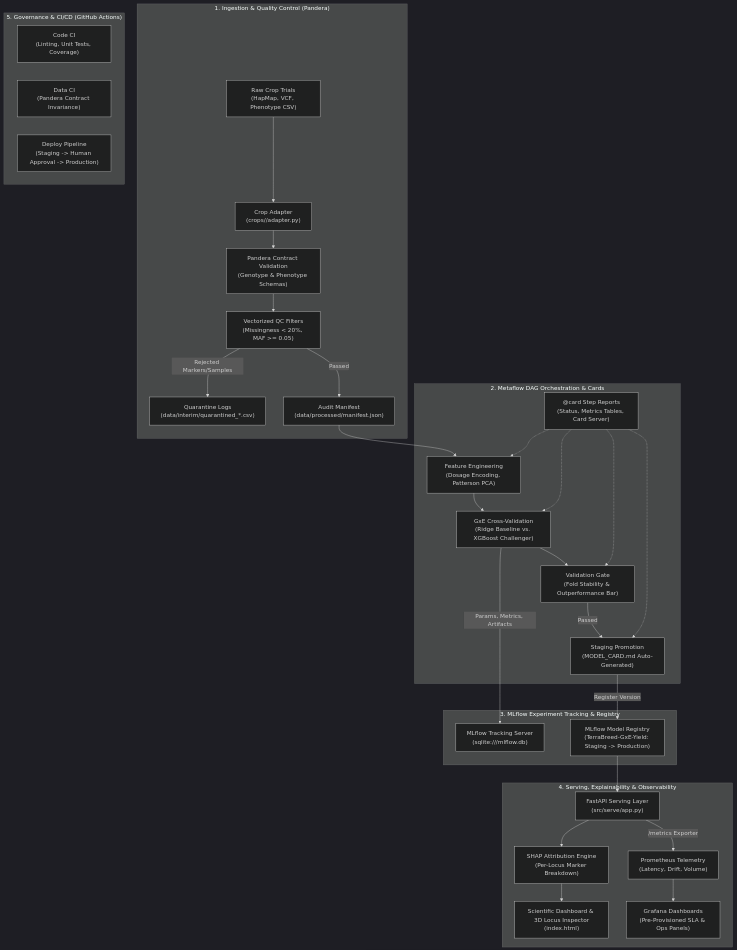
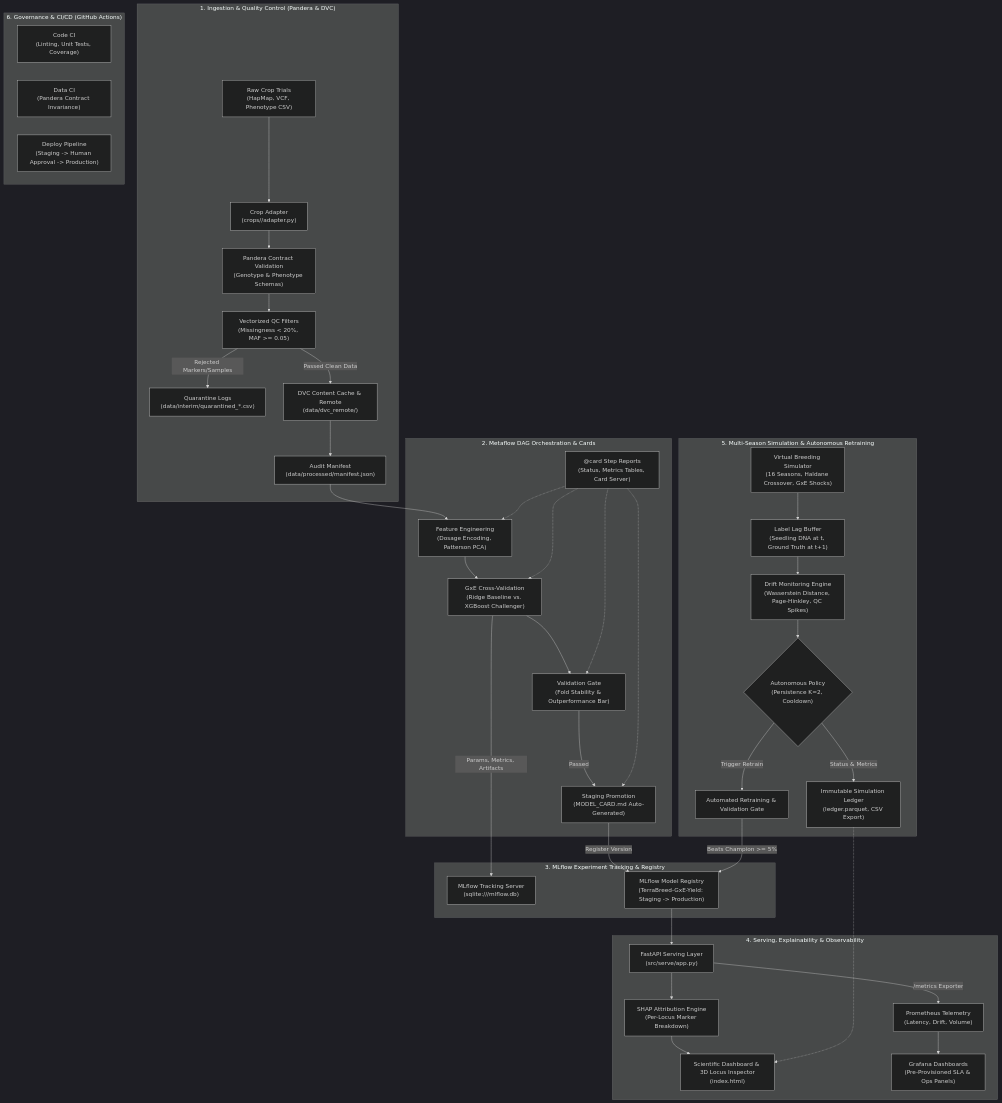
The diagram in README.md (Helly121/GenoTrack), drawn with Mermaid (dark theme) before and after one commit. The commit also changed other lines of this file, not shown here.

````diff
--- a/README.md
+++ b/README.md
@@ -28,37 +30,48 @@
 ```mermaid
 flowchart TD
-    subgraph DataIngest["1. Ingestion & Quality Control (Pandera)"]
+    subgraph DataIngest["1. Ingestion & Quality Control (Pandera & DVC)"]
         RAW["Raw Crop Trials\n(HapMap, VCF, Phenotype CSV)"] --> ADAPT["Crop Adapter\n(crops/<crop>/adapter.py)"]
         ADAPT --> SCHEMAS["Pandera Contract Validation\n(Genotype & Phenotype Schemas)"]
         SCHEMAS --> QC["Vectorized QC Filters\n(Missingness < 20%, MAF >= 0.05)"]
         QC -->|Rejected Markers/Samples| QUAR["Quarantine Logs\n(data/interim/quarantined_*.csv)"]
-        QC -->|Passed| MANIFEST["Audit Manifest\n(data/processed/manifest.json)"]
+        QC -->|Passed Clean Data| DVC_STORE["DVC Content Cache & Remote\n(data/dvc_remote/)"]
+        DVC_STORE --> MANIFEST["Audit Manifest\n(data/processed/manifest.json)"]
     end
 
     subgraph Orchestration["2. Metaflow DAG Orchestration & Cards"]
         MANIFEST --> FEAT["Feature Engineering\n(Dosage Encoding, Patterson PCA)"]
         FEAT --> TRAIN["GxE Cross-Validation\n(Ridge Baseline vs. XGBoost Challenger)"]
         TRAIN --> GATE["Validation Gate\n(Fold Stability & Outperformance Bar)"]
         GATE -->|Passed| PROMOTE["Staging Promotion\n(MODEL_CARD.md Auto-Generated)"]
         CARDS["@card Step Reports\n(Status, Metrics Tables, Card Server)"] -.-> FEAT & TRAIN & GATE & PROMOTE
     end
 
     subgraph Tracking["3. MLflow Experiment Tracking & Registry"]
         TRAIN -->|Params, Metrics, Artifacts| MLFLOW["MLflow Tracking Server\n(sqlite:///mlflow.db)"]
         PROMOTE -->|Register Version| REGISTRY["MLflow Model Registry\n(TerraBreed-GxE-Yield: Staging -> Production)"]
     end
 
     subgraph ServingObservability["4. Serving, Explainability & Observability"]
         REGISTRY --> API["FastAPI Serving Layer\n(src/serve/app.py)"]
         API --> SHAP["SHAP Attribution Engine\n(Per-Locus Marker Breakdown)"]
         SHAP --> UI["Scientific Dashboard & 3D Locus Inspector\n(index.html)"]
         API -->|/metrics Exporter| PROM["Prometheus Telemetry\n(Latency, Drift, Volume)"]
         PROM --> GRAF["Grafana Dashboards\n(Pre-Provisioned SLA & Ops Panels)"]
     end
 
-    subgraph Governance["5. Governance & CI/CD (GitHub Actions)"]
+    subgraph RetrainingLoop["5. Multi-Season Simulation & Autonomous Retraining"]
+        SIM["Virtual Breeding Simulator\n(16 Seasons, Haldane Crossover, GxE Shocks)"] --> LAG["Label Lag Buffer\n(Seedling DNA at t, Ground Truth at t+1)"]
+        LAG --> DETECT["Drift Monitoring Engine\n(Wasserstein Distance, Page-Hinkley, QC Spikes)"]
+        DETECT --> POLICY{"Autonomous Policy\n(Persistence K=2, Cooldown)"}
+        POLICY -->|Trigger Retrain| RETRAIN["Automated Retraining & Validation Gate"]
+        RETRAIN -->|Beats Champion >= 5%| REGISTRY
+        POLICY -->|Status & Metrics| LEDGER["Immutable Simulation Ledger\n(ledger.parquet, CSV Export)"]
+        LEDGER -.-> UI
+    end
+
+    subgraph Governance["6. Governance & CI/CD (GitHub Actions)"]
         GH_CODE["Code CI\n(Linting, Unit Tests, Coverage)"]
         GH_DATA["Data CI\n(Pandera Contract Invariance)"]
         GH_DEPLOY["Deploy Pipeline\n(Staging -> Human Approval -> Production)"]
     end
 ```
````
